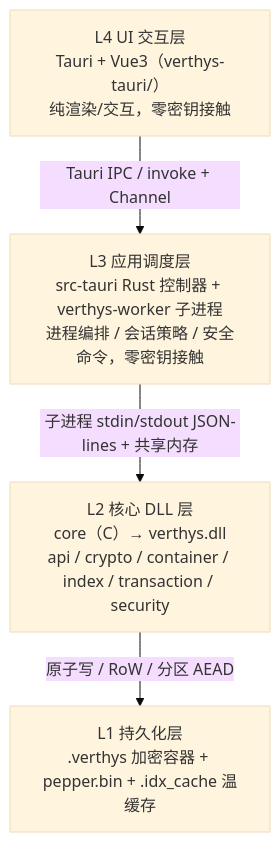
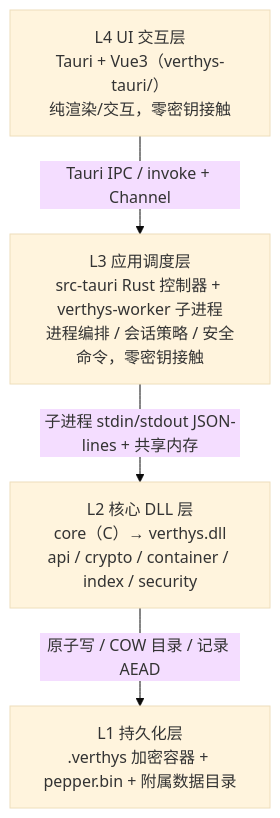
One commit to K1Super/Verthys changed the first of 2 diagrams in docs/ARCHITECTURE.md. Above: the diagram before and after it, drawn with Mermaid (base theme). The commit also changed other lines of this file and 583 other files, not shown here.

````diff
--- a/docs/ARCHITECTURE.md
+++ b/docs/ARCHITECTURE.md
@@ -13,10 +13,10 @@
 ```mermaid
 flowchart TB
     L4["L4 UI 交互层<br/>Tauri + Vue3（verthys-tauri/）<br/>纯渲染/交互，零密钥接触"]
     L3["L3 应用调度层<br/>src-tauri Rust 控制器 + verthys-worker 子进程<br/>进程编排 / 会话策略 / 安全命令，零密钥接触"]
-    L2["L2 核心 DLL 层<br/>core（C）→ verthys.dll<br/>api / crypto / container / index / transaction / security"]
-    L1["L1 持久化层<br/>.verthys 加密容器 + pepper.bin + .idx_cache 温缓存"]
+    L2["L2 核心 DLL 层<br/>core（C）→ verthys.dll<br/>api / crypto / container / index / security"]
+    L1["L1 持久化层<br/>.verthys 加密容器 + pepper.bin + 附属数据目录"]
     L4 -->|"Tauri IPC / invoke + Channel"| L3
     L3 -->|"子进程 stdin/stdout JSON-lines + 共享内存"| L2
-    L2 -->|"原子写 / RoW / 分区 AEAD"| L1
+    L2 -->|"原子写 / COW 目录 / 记录 AEAD"| L1
 ```
````
